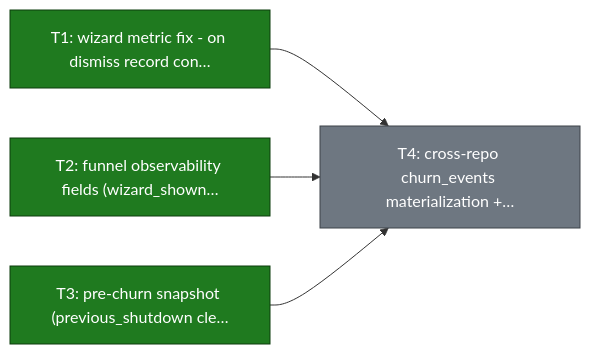
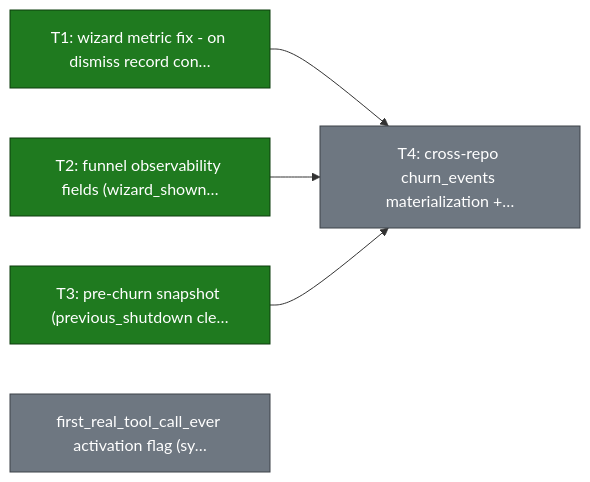
One commit to smart-mcp-proxy/mcpproxy-go changed the fifth of 17 diagrams in ROADMAP.md. Above: the diagram before and after it, drawn with Mermaid. The commit also changed other lines of this file and 3 other files, not shown here.

````diff
--- a/ROADMAP.md
+++ b/ROADMAP.md
@@ -187,16 +188,17 @@
 ```mermaid
 graph LR
   telemetry_v7_wizard_fix["T1: wizard metric fix - on dismiss record con…"]
   telemetry_v7_funnel_fields["T2: funnel observability fields (wizard_shown…"]
   telemetry_v7_prechurn_snapshot["T3: pre-churn snapshot (previous_shutdown cle…"]
+  telemetry_v7_realcall_flag["first_real_tool_call_ever activation flag (sy…"]
   telemetry_v7_churn_events["T4: cross-repo churn_events materialization +…"]
 
   telemetry_v7_wizard_fix --> telemetry_v7_churn_events
   telemetry_v7_funnel_fields --> telemetry_v7_churn_events
   telemetry_v7_prechurn_snapshot --> telemetry_v7_churn_events
 
   classDef done fill:#1f7a1f,stroke:#0d3d0d,color:#ffffff;
   classDef todo fill:#6e7781,stroke:#3d4248,color:#ffffff;
   class telemetry_v7_wizard_fix,telemetry_v7_funnel_fields,telemetry_v7_prechurn_snapshot done;
-  class telemetry_v7_churn_events todo;
+  class telemetry_v7_realcall_flag,telemetry_v7_churn_events todo;
 ```
````
